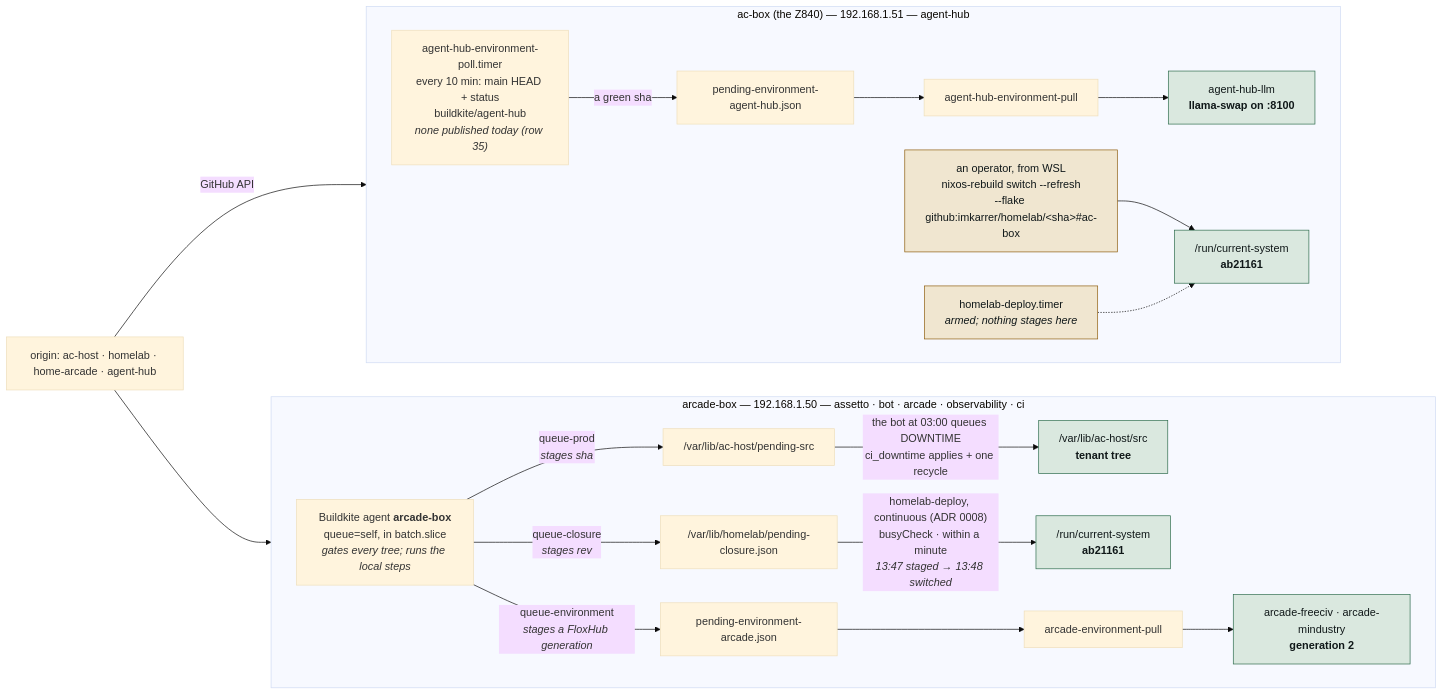
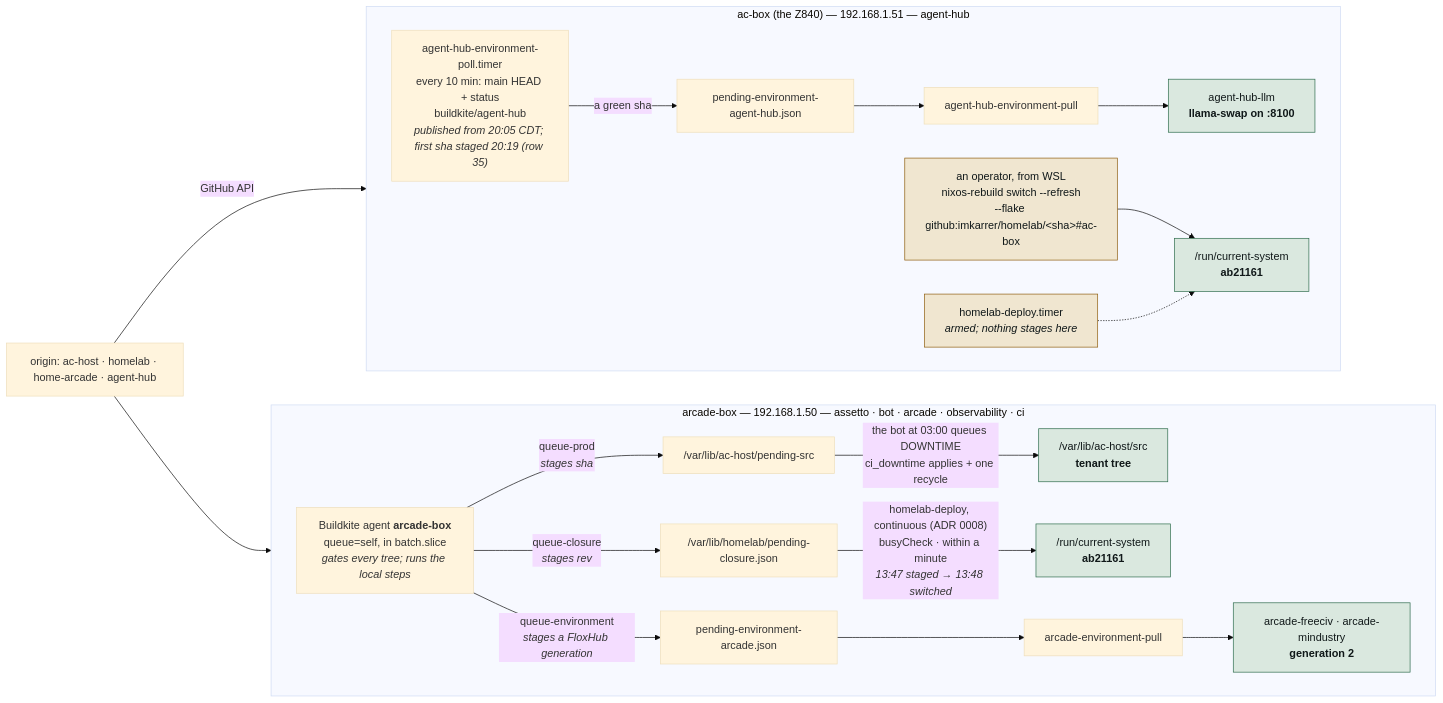
One commit to imkarrer/homelab changed the second of 5 diagrams in docs/architecture.md. Above: the diagram before and after it, drawn with Mermaid (base theme). The commit also changed other lines of this file and 1 other file, not shown here.

````diff
--- a/docs/architecture.md
+++ b/docs/architecture.md
@@ -71,30 +71,30 @@
 ```mermaid
 flowchart LR
     subgraph ARC ["arcade-box — 192.168.1.50 — assetto · bot · arcade · observability · ci"]
         direction LR
         AG["Buildkite agent <b>arcade-box</b><br/>queue=self, in batch.slice<br/><i>gates every tree; runs the local steps</i>"]
         AG -- "queue-prod<br/><i>stages sha</i>" --> A4["/var/lib/ac-host/pending-src"]
         A4 -- "the bot at 03:00 queues DOWNTIME<br/>ci_downtime applies + one recycle" --> A6["/var/lib/ac-host/src<br/><b>tenant tree</b>"]
         AG -- "queue-closure<br/><i>stages rev</i>" --> B4["/var/lib/homelab/pending-closure.json"]
         B4 -- "homelab-deploy, continuous (ADR 0008)<br/>busyCheck · within a minute<br/><i>13:47 staged → 13:48 switched</i>" --> B6["/run/current-system<br/><b>ab21161</b>"]
         AG -- "queue-environment<br/><i>stages a FloxHub generation</i>" --> C4["pending-environment-arcade.json"]
         C4 --> C5["arcade-environment-pull"] --> C6["arcade-freeciv · arcade-mindustry<br/><b>generation 2</b>"]
     end
 
     subgraph Z ["ac-box (the Z840) — 192.168.1.51 — agent-hub"]
         direction LR
-        D4["agent-hub-environment-poll.timer<br/>every 10 min: main HEAD + status<br/>buildkite/agent-hub<br/><i>none published today (row 35)</i>"]
+        D4["agent-hub-environment-poll.timer<br/>every 10 min: main HEAD + status<br/>buildkite/agent-hub<br/><i>published from 20:05 CDT; first sha staged 20:19 (row 35)</i>"]
         D4 -- "a green sha" --> D5["pending-environment-agent-hub.json"]
         D5 --> D6["agent-hub-environment-pull"] --> D7["agent-hub-llm<br/><b>llama-swap on :8100</b>"]
         OP["an operator, from WSL<br/>nixos-rebuild switch --refresh<br/>--flake github:imkarrer/homelab/&lt;sha&gt;#ac-box"] --> Z6["/run/current-system<br/><b>ab21161</b>"]
         ZT["homelab-deploy.timer<br/><i>armed; nothing stages here</i>"] -.-> Z6
     end
 
     ORIGIN["origin: ac-host · homelab · home-arcade · agent-hub"] --> AG
     ORIGIN -- "GitHub API" --> D4
 
     classDef ok fill:#dae8df,stroke:#2c6b4b,color:#101819;
     classDef hand fill:#f0e6d0,stroke:#8d5c0c,color:#101819;
     class A6,B6,C6,D7,Z6 ok;
     class OP,ZT hand;
 ```
````
